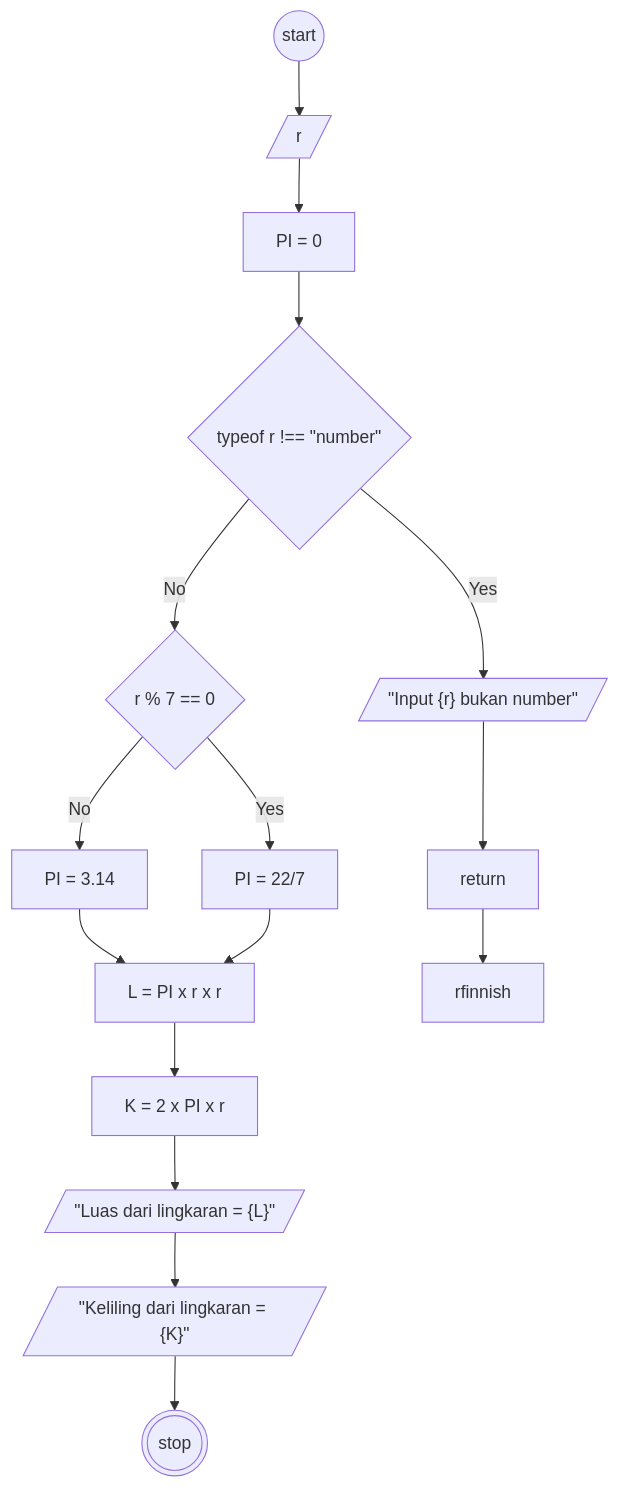
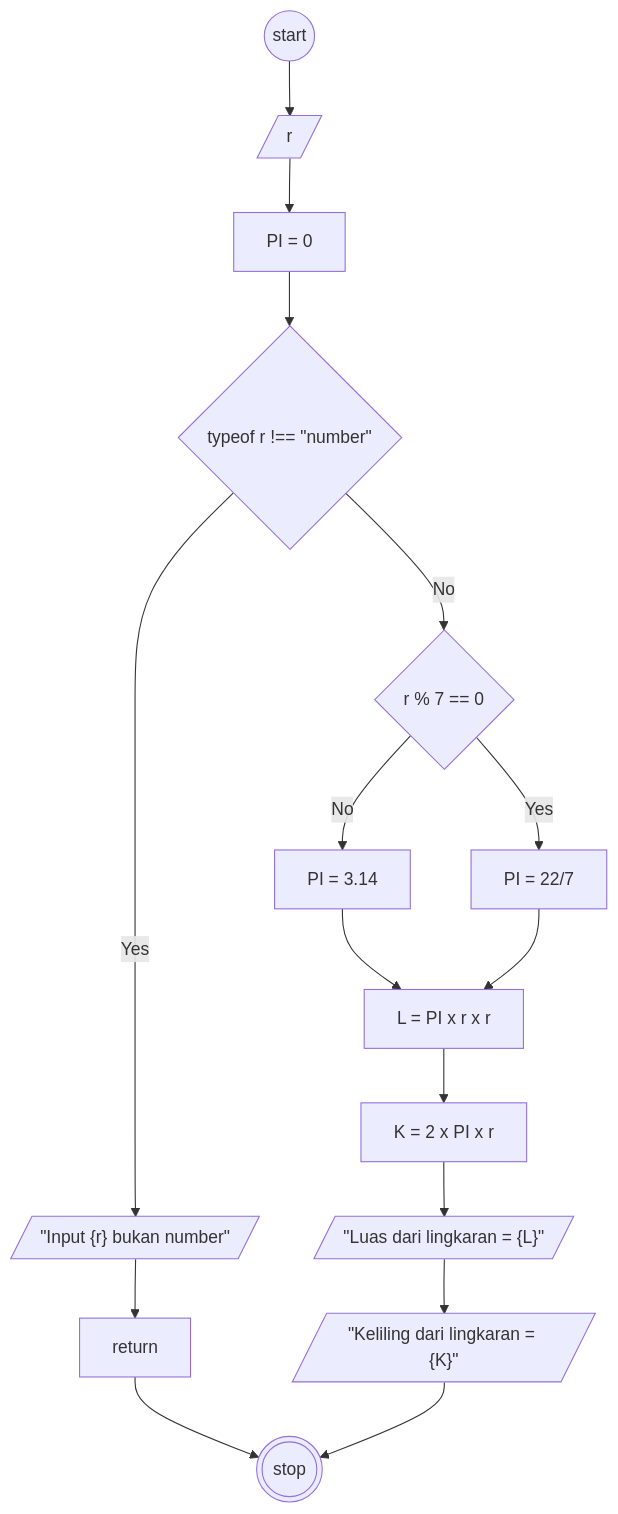
The diagram in readme.md (bildanjhry/Koda-b8-Javascript1), drawn with Mermaid before and after one commit.

````diff
--- a/readme.md
+++ b/readme.md
@@ -6,25 +6,25 @@
 ```mermaid
 flowchart TD
 start@{shape: circle, label: "start"}
 des@{shape: diam, label: " r % 7 == 0" }
 piEm@{shape: rect, label: "PI = 0" }
 pi@{shape:rect, label: "PI = 3.14" }
 pi2@{shape:rect, label: "PI = 22/7" }
 r@{shape: lean-r, label: "r"}
 conType@{shape: diam, label: 'typeof r !== "number"'}
 ret@{shape: rect, label: "return"}
 L@{shape: rect, label: "L = PI x r x r"}
 outL@{shape: lean-r, label : '"Luas dari lingkaran = {L}"'}
 K@{shape: rect, label: "K = 2 x PI x r"}
 logErr@{shape: lean-r, label: '"Input {r} bukan number"'}
 outK@{shape: lean-r, label: '"Keliling dari lingkaran = {K}"'}
 finnish@{shape: double-circle, label: "stop"}
 
 start-->r-->piEm-->conType
-conType-- Yes -->logErr-->ret-->rfinnish
+conType-- Yes -->logErr-->ret-->finnish
 conType-- No -->des
 des-- No -->pi-->L-->K-->outL-->outK-->finnish
 des-- Yes -->pi2-->L
 
 
 ```
````
